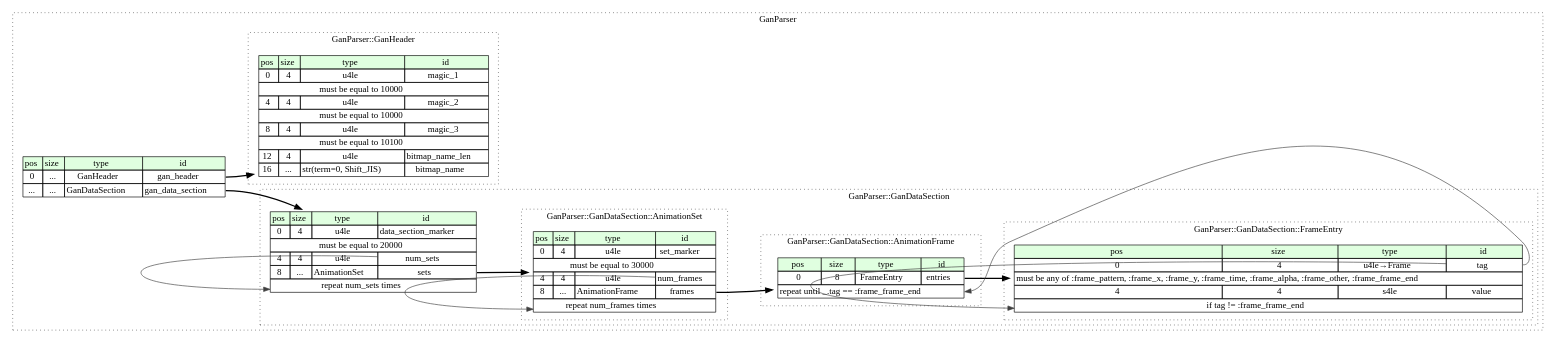
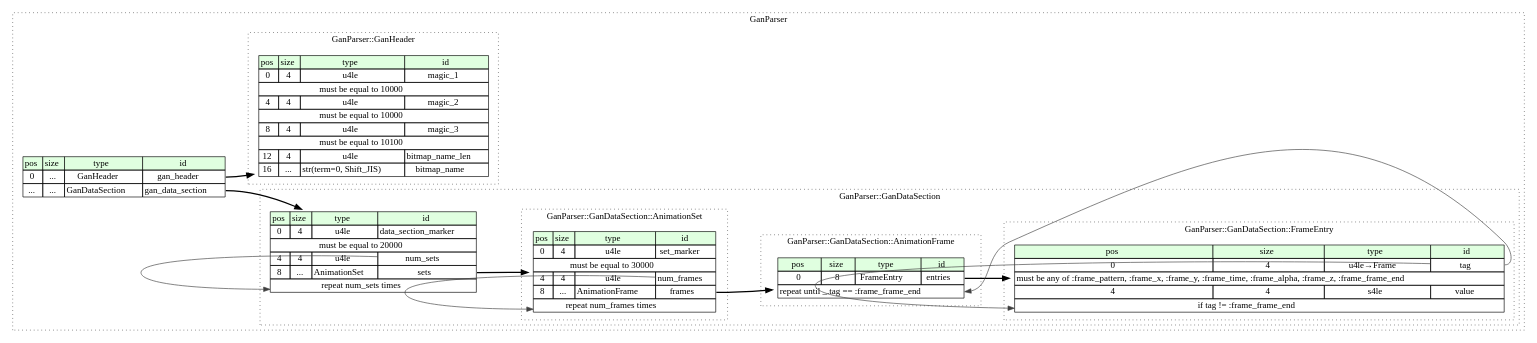
Before and after one commit to luvlsco/rldev: the diagram in docs/rltoml/gan/gan_parser.dot, drawn with Graphviz. The commit also changed 6 other files, not shown here.

Commit message:
refactor: replace "other" frame value with "z" Extracted from the RealLiveMax SDK: "Z" Parameter not supported by the system (システムが未対応のパラメータです)

```diff
--- a/docs/rltoml/gan/gan_parser.dot
+++ b/docs/rltoml/gan/gan_parser.dot
@@ -1,87 +1,87 @@
 digraph {
 	rankdir=LR;
 	node [shape=plaintext];
 	subgraph cluster__gan_parser {
 		label="GanParser";
 		graph[style=dotted];
 
 		gan_parser__seq [label=<<TABLE BORDER="0" CELLBORDER="1" CELLSPACING="0">
 			<TR><TD BGCOLOR="#E0FFE0">pos</TD><TD BGCOLOR="#E0FFE0">size</TD><TD BGCOLOR="#E0FFE0">type</TD><TD BGCOLOR="#E0FFE0">id</TD></TR>
 			<TR><TD PORT="gan_header_pos">0</TD><TD PORT="gan_header_size">...</TD><TD>GanHeader</TD><TD PORT="gan_header_type">gan_header</TD></TR>
 			<TR><TD PORT="gan_data_section_pos">...</TD><TD PORT="gan_data_section_size">...</TD><TD>GanDataSection</TD><TD PORT="gan_data_section_type">gan_data_section</TD></TR>
 		</TABLE>>];
 		subgraph cluster__gan_data_section {
 			label="GanParser::GanDataSection";
 			graph[style=dotted];
 
 			gan_data_section__seq [label=<<TABLE BORDER="0" CELLBORDER="1" CELLSPACING="0">
 				<TR><TD BGCOLOR="#E0FFE0">pos</TD><TD BGCOLOR="#E0FFE0">size</TD><TD BGCOLOR="#E0FFE0">type</TD><TD BGCOLOR="#E0FFE0">id</TD></TR>
 				<TR><TD PORT="data_section_marker_pos">0</TD><TD PORT="data_section_marker_size">4</TD><TD>u4le</TD><TD PORT="data_section_marker_type">data_section_marker</TD></TR>
 				<TR><TD COLSPAN="4" PORT="data_section_marker__valid">must be equal to 20000</TD></TR>
 				<TR><TD PORT="num_sets_pos">4</TD><TD PORT="num_sets_size">4</TD><TD>u4le</TD><TD PORT="num_sets_type">num_sets</TD></TR>
 				<TR><TD PORT="sets_pos">8</TD><TD PORT="sets_size">...</TD><TD>AnimationSet</TD><TD PORT="sets_type">sets</TD></TR>
 				<TR><TD COLSPAN="4" PORT="sets__repeat">repeat num_sets times</TD></TR>
 			</TABLE>>];
 			subgraph cluster__animation_frame {
 				label="GanParser::GanDataSection::AnimationFrame";
 				graph[style=dotted];
 
 				animation_frame__seq [label=<<TABLE BORDER="0" CELLBORDER="1" CELLSPACING="0">
 					<TR><TD BGCOLOR="#E0FFE0">pos</TD><TD BGCOLOR="#E0FFE0">size</TD><TD BGCOLOR="#E0FFE0">type</TD><TD BGCOLOR="#E0FFE0">id</TD></TR>
 					<TR><TD PORT="entries_pos">0</TD><TD PORT="entries_size">8</TD><TD>FrameEntry</TD><TD PORT="entries_type">entries</TD></TR>
 					<TR><TD COLSPAN="4" PORT="entries__repeat">repeat until _.tag == :frame_frame_end</TD></TR>
 				</TABLE>>];
 			}
 			subgraph cluster__animation_set {
 				label="GanParser::GanDataSection::AnimationSet";
 				graph[style=dotted];
 
 				animation_set__seq [label=<<TABLE BORDER="0" CELLBORDER="1" CELLSPACING="0">
 					<TR><TD BGCOLOR="#E0FFE0">pos</TD><TD BGCOLOR="#E0FFE0">size</TD><TD BGCOLOR="#E0FFE0">type</TD><TD BGCOLOR="#E0FFE0">id</TD></TR>
 					<TR><TD PORT="set_marker_pos">0</TD><TD PORT="set_marker_size">4</TD><TD>u4le</TD><TD PORT="set_marker_type">set_marker</TD></TR>
 					<TR><TD COLSPAN="4" PORT="set_marker__valid">must be equal to 30000</TD></TR>
 					<TR><TD PORT="num_frames_pos">4</TD><TD PORT="num_frames_size">4</TD><TD>u4le</TD><TD PORT="num_frames_type">num_frames</TD></TR>
 					<TR><TD PORT="frames_pos">8</TD><TD PORT="frames_size">...</TD><TD>AnimationFrame</TD><TD PORT="frames_type">frames</TD></TR>
 					<TR><TD COLSPAN="4" PORT="frames__repeat">repeat num_frames times</TD></TR>
 				</TABLE>>];
 			}
 			subgraph cluster__frame_entry {
 				label="GanParser::GanDataSection::FrameEntry";
 				graph[style=dotted];
 
 				frame_entry__seq [label=<<TABLE BORDER="0" CELLBORDER="1" CELLSPACING="0">
 					<TR><TD BGCOLOR="#E0FFE0">pos</TD><TD BGCOLOR="#E0FFE0">size</TD><TD BGCOLOR="#E0FFE0">type</TD><TD BGCOLOR="#E0FFE0">id</TD></TR>
 					<TR><TD PORT="tag_pos">0</TD><TD PORT="tag_size">4</TD><TD>u4le→Frame</TD><TD PORT="tag_type">tag</TD></TR>
-					<TR><TD COLSPAN="4" PORT="tag__valid">must be any of :frame_pattern, :frame_x, :frame_y, :frame_time, :frame_alpha, :frame_other, :frame_frame_end</TD></TR>
+					<TR><TD COLSPAN="4" PORT="tag__valid">must be any of :frame_pattern, :frame_x, :frame_y, :frame_time, :frame_alpha, :frame_z, :frame_frame_end</TD></TR>
 					<TR><TD PORT="value_pos">4</TD><TD PORT="value_size">4</TD><TD>s4le</TD><TD PORT="value_type">value</TD></TR>
 					<TR><TD COLSPAN="4" PORT="value__if">if tag != :frame_frame_end</TD></TR>
 				</TABLE>>];
 			}
 		}
 		subgraph cluster__gan_header {
 			label="GanParser::GanHeader";
 			graph[style=dotted];
 
 			gan_header__seq [label=<<TABLE BORDER="0" CELLBORDER="1" CELLSPACING="0">
 				<TR><TD BGCOLOR="#E0FFE0">pos</TD><TD BGCOLOR="#E0FFE0">size</TD><TD BGCOLOR="#E0FFE0">type</TD><TD BGCOLOR="#E0FFE0">id</TD></TR>
 				<TR><TD PORT="magic_1_pos">0</TD><TD PORT="magic_1_size">4</TD><TD>u4le</TD><TD PORT="magic_1_type">magic_1</TD></TR>
 				<TR><TD COLSPAN="4" PORT="magic_1__valid">must be equal to 10000</TD></TR>
 				<TR><TD PORT="magic_2_pos">4</TD><TD PORT="magic_2_size">4</TD><TD>u4le</TD><TD PORT="magic_2_type">magic_2</TD></TR>
 				<TR><TD COLSPAN="4" PORT="magic_2__valid">must be equal to 10000</TD></TR>
 				<TR><TD PORT="magic_3_pos">8</TD><TD PORT="magic_3_size">4</TD><TD>u4le</TD><TD PORT="magic_3_type">magic_3</TD></TR>
 				<TR><TD COLSPAN="4" PORT="magic_3__valid">must be equal to 10100</TD></TR>
 				<TR><TD PORT="bitmap_name_len_pos">12</TD><TD PORT="bitmap_name_len_size">4</TD><TD>u4le</TD><TD PORT="bitmap_name_len_type">bitmap_name_len</TD></TR>
 				<TR><TD PORT="bitmap_name_pos">16</TD><TD PORT="bitmap_name_size">...</TD><TD>str(term=0, Shift_JIS)</TD><TD PORT="bitmap_name_type">bitmap_name</TD></TR>
 			</TABLE>>];
 		}
 	}
 	gan_parser__seq:gan_header_type -> gan_header__seq [style=bold];
 	gan_parser__seq:gan_data_section_type -> gan_data_section__seq [style=bold];
 	gan_data_section__seq:sets_type -> animation_set__seq [style=bold];
 	gan_data_section__seq:num_sets_type -> gan_data_section__seq:sets__repeat [color="#404040"];
 	animation_frame__seq:entries_type -> frame_entry__seq [style=bold];
 	frame_entry__seq:tag_type -> animation_frame__seq:entries__repeat [color="#404040"];
 	animation_set__seq:frames_type -> animation_frame__seq [style=bold];
 	animation_set__seq:num_frames_type -> animation_set__seq:frames__repeat [color="#404040"];
 	frame_entry__seq:tag_type -> frame_entry__seq:value__if [color="#404040"];
 }
```
